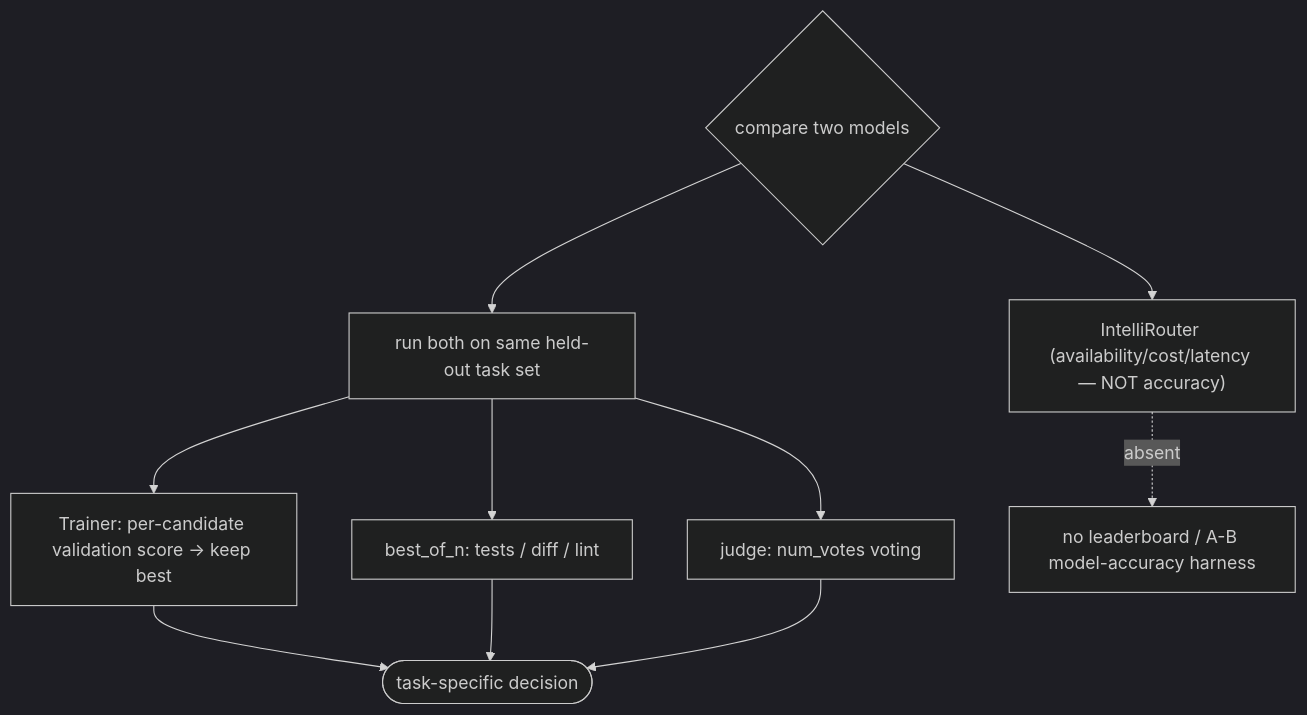
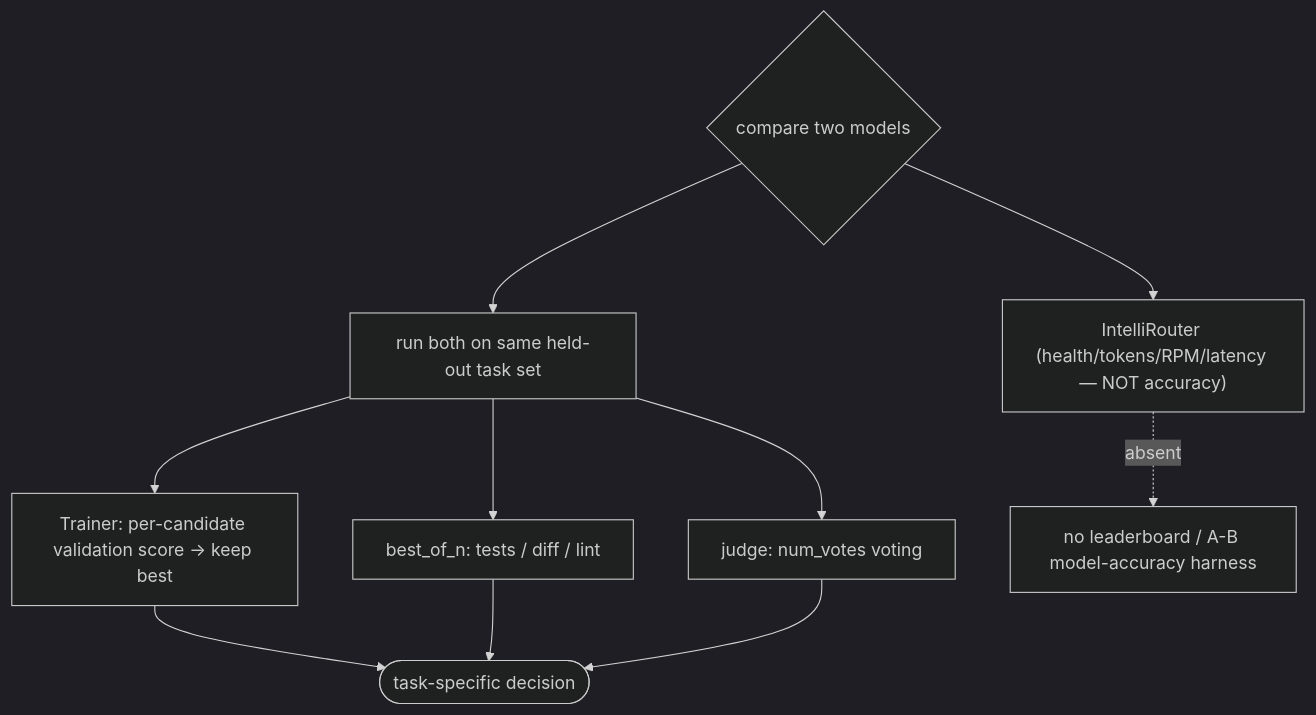
Before and after one commit to michaelatamuk/openjiuwen-jiuwenswarm: diagram 11 of 21 in docs-michael/interview_questions/07-evaluation.md, drawn with Mermaid (dark theme). The commit also changed other lines of this file and 6 other files, not shown here.

````diff
--- a/docs-michael/interview_questions/07-evaluation.md
+++ b/docs-michael/interview_questions/07-evaluation.md
@@ -221,12 +221,12 @@
 ```mermaid
 flowchart TD
-    CMP{"compare two models"} --> ROUTE["IntelliRouter (availability/cost/latency — NOT accuracy)"]
+    CMP{"compare two models"} --> ROUTE["IntelliRouter (health/tokens/RPM/latency — NOT accuracy)"]
     CMP --> EVAL["run both on same held-out task set"]
     EVAL --> TR["Trainer: per-candidate validation score → keep best"]
     EVAL --> BON["best_of_n: tests / diff / lint"]
     EVAL --> JUDGE["judge: num_votes voting"]
     TR --> DEC(["task-specific decision"])
     BON --> DEC
     JUDGE --> DEC
     ROUTE -.->|"absent"| X["no leaderboard / A-B model-accuracy harness"]
 ```
````
